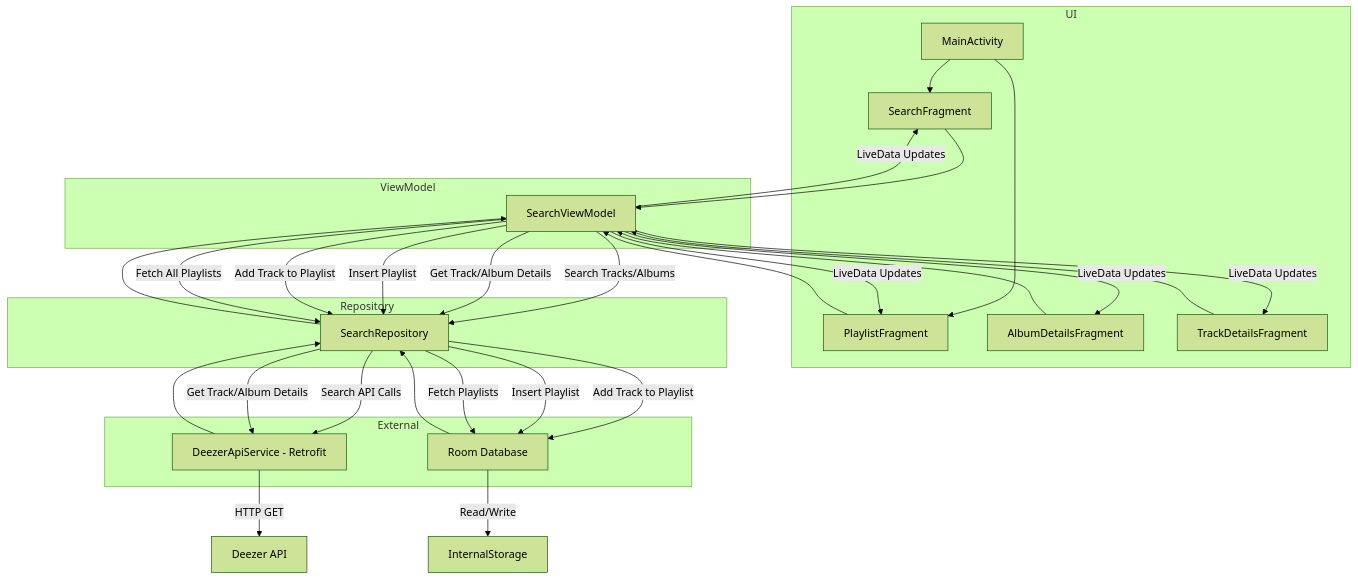
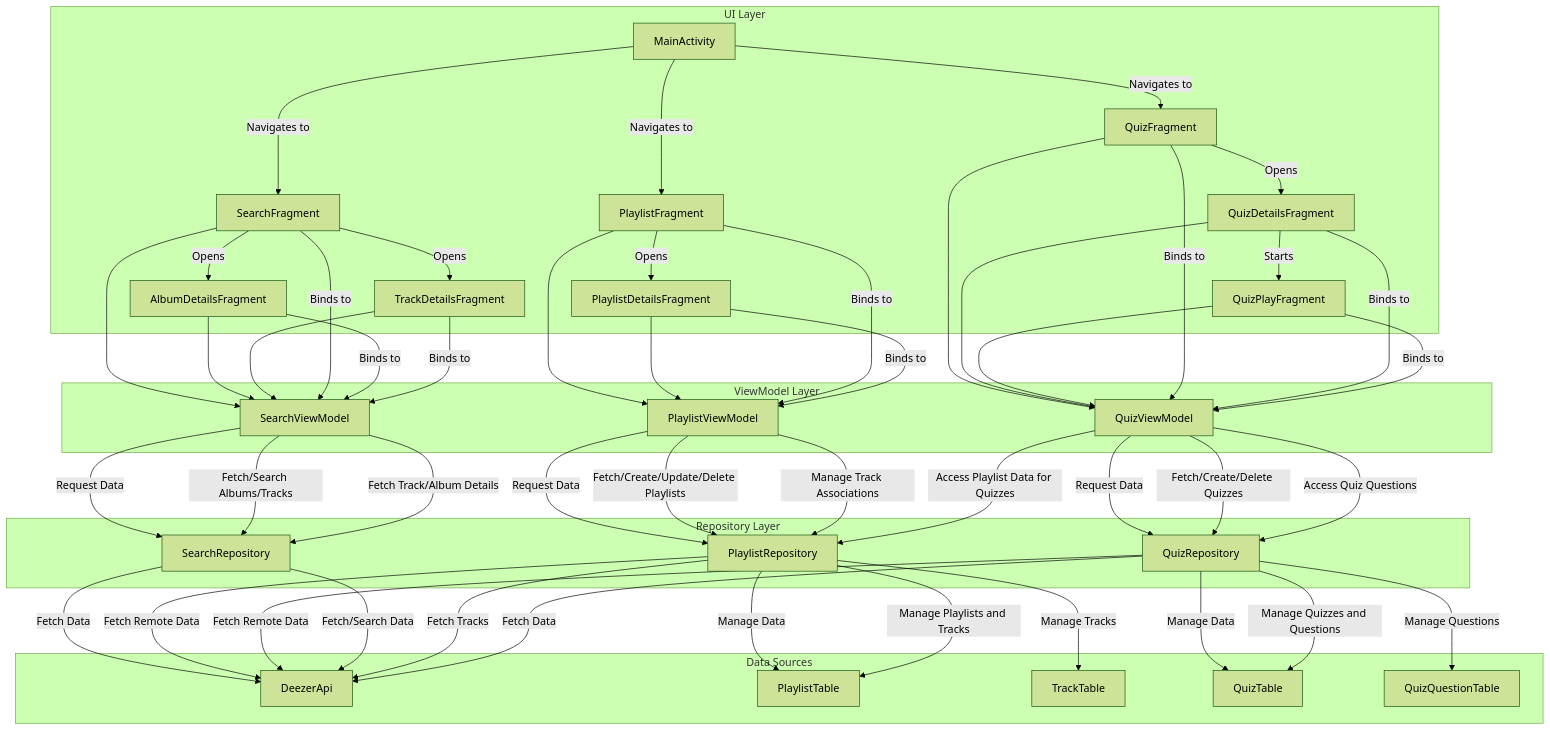
One commit to IsmayilAbdullazada/music-quiz-project changed the diagram in README.md. Above: the diagram before and after it, drawn with Mermaid (forest theme).

````diff
--- a/README.md
+++ b/README.md
@@ -41,60 +41,91 @@
 ```mermaid
+graph TD
 
-graph TD
-    subgraph UI
-        A1[MainActivity]
-        A2[SearchFragment]
-        A3[PlaylistFragment]
-        A4[AlbumDetailsFragment]
-        A5[TrackDetailsFragment]
-    end
+  %% UI Layer
+  subgraph "UI Layer"
+    MainActivity -->|Navigates to| SearchFragment
+    MainActivity -->|Navigates to| PlaylistFragment
+    MainActivity -->|Navigates to| QuizFragment
 
-    subgraph ViewModel
-        B1[SearchViewModel]
-    end
+    SearchFragment -->|Opens| AlbumDetailsFragment
+    SearchFragment -->|Opens| TrackDetailsFragment
+    PlaylistFragment -->|Opens| PlaylistDetailsFragment
+    QuizFragment -->|Opens| QuizDetailsFragment
+    QuizDetailsFragment -->|Starts| QuizPlayFragment
+  end
 
-    subgraph Repository
-        C1[SearchRepository]
-    end
+  %% ViewModel Layer
+  subgraph "ViewModel Layer"
+    SearchViewModel
+    PlaylistViewModel
+    QuizViewModel
+  end
 
-    subgraph External
-        D1[DeezerApiService - Retrofit]
-        D2[Room Database]
-    end
+  %% Repository Layer
+  subgraph "Repository Layer"
+    SearchRepository
+    PlaylistRepository
+    QuizRepository
+  end
 
-    %% Connections between components
-    A1 --> A2
-    A1 --> A3
-    A2 --> B1
-    A3 --> B1
-    A4 --> B1
-    A5 --> B1
+  %% External Data Sources
+  subgraph "Data Sources"
+    DeezerApi 
+    PlaylistTable
+    TrackTable
+    QuizTable
+    QuizQuestionTable
+  end
 
-    %% ViewModel interaction with Repository
-    B1 -->|Search Tracks/Albums| C1
-    B1 -->|Get Track/Album Details| C1
-    B1 -->|Insert Playlist| C1
-    B1 -->|Add Track to Playlist| C1
-    B1 -->|Fetch All Playlists| C1
+  %% Connections
+  SearchFragment --> SearchViewModel
+  PlaylistFragment --> PlaylistViewModel
+  QuizFragment --> QuizViewModel
 
-    %% Repository interaction with Retrofit and Database
-    C1 -->|Search API Calls| D1
-    C1 -->|Get Track/Album Details| D1
-    C1 -->|Add Track to Playlist| D2
-    C1 -->|Insert Playlist| D2
-    C1 -->|Fetch Playlists| D2
+  AlbumDetailsFragment --> SearchViewModel
+  TrackDetailsFragment --> SearchViewModel
+  PlaylistDetailsFragment --> PlaylistViewModel
+  QuizDetailsFragment --> QuizViewModel
+  QuizPlayFragment --> QuizViewModel
 
-    %% API and Database interaction
-    D1[DeezerApiService - Retrofit] -->|HTTP GET| ExternalAPI[Deezer API]
-    D2[Room Database] -->|Read/Write| InternalStorage
+  SearchFragment -->|Binds to| SearchViewModel
+  PlaylistFragment -->|Binds to| PlaylistViewModel
+  QuizFragment -->|Binds to| QuizViewModel
 
-    %% Feedback loop
-    D1 --> C1
-    D2 --> C1
-    C1 --> B1
-    B1 -->|LiveData Updates| A2
-    B1 -->|LiveData Updates| A3
-    B1 -->|LiveData Updates| A4
-    B1 -->|LiveData Updates| A5
+  AlbumDetailsFragment -->|Binds to| SearchViewModel
+  TrackDetailsFragment -->|Binds to| SearchViewModel
+  PlaylistDetailsFragment -->|Binds to| PlaylistViewModel
+  QuizDetailsFragment -->|Binds to| QuizViewModel
+  QuizPlayFragment -->|Binds to| QuizViewModel
+
+  SearchViewModel -->|Request Data| SearchRepository
+  PlaylistViewModel -->|Request Data| PlaylistRepository
+  QuizViewModel -->|Request Data| QuizRepository
+
+  SearchRepository -->|Fetch Data| DeezerApi
+  PlaylistRepository -->|Manage Data| PlaylistTable
+  PlaylistRepository -->|Manage Tracks| TrackTable
+  PlaylistRepository -->|Fetch Remote Data| DeezerApi
+  QuizRepository -->|Manage Data| QuizTable
+  QuizRepository -->|Manage Questions| QuizQuestionTable
+  QuizRepository -->|Fetch Remote Data| DeezerApi
+
+  SearchRepository -->|Fetch/Search Data| DeezerApi
+  PlaylistRepository -->|Manage Playlists and Tracks| PlaylistTable
+  PlaylistRepository -->|Fetch Tracks| DeezerApi
+  QuizRepository -->|Manage Quizzes and Questions| QuizTable
+  QuizRepository -->|Fetch Data| DeezerApi
+
+  SearchViewModel -->|Fetch/Search Albums/Tracks| SearchRepository
+  SearchViewModel -->|Fetch Track/Album Details| SearchRepository
+
+  PlaylistViewModel -->|Fetch/Create/Update/Delete Playlists| PlaylistRepository
+  PlaylistViewModel -->|Manage Track Associations| PlaylistRepository
+
+  QuizViewModel -->|Fetch/Create/Delete Quizzes| QuizRepository
+  QuizViewModel -->|Access Quiz Questions| QuizRepository
+  QuizViewModel -->|Access Playlist Data for Quizzes| PlaylistRepository
+
+ 
 
 ```
````
